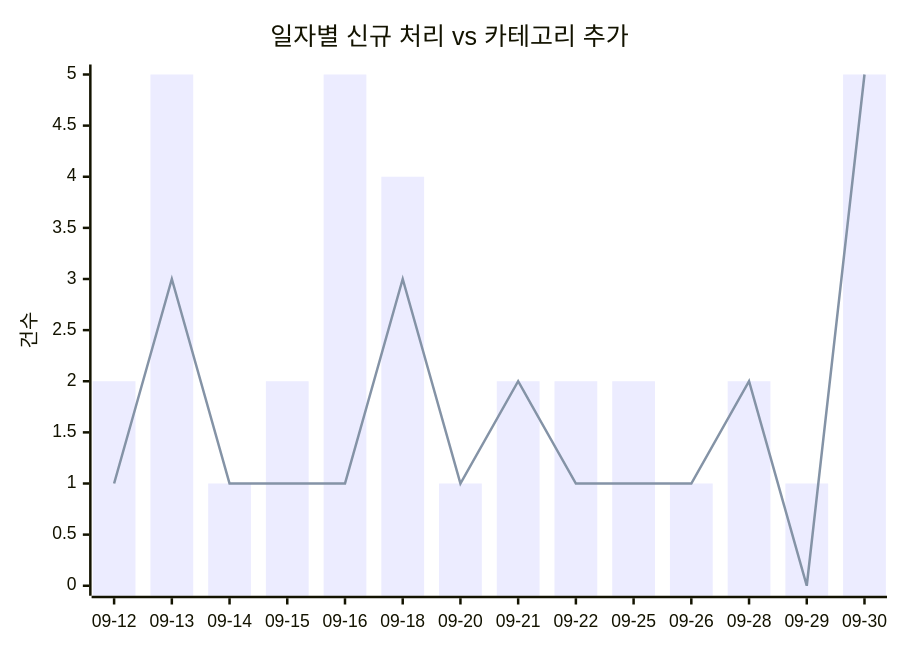
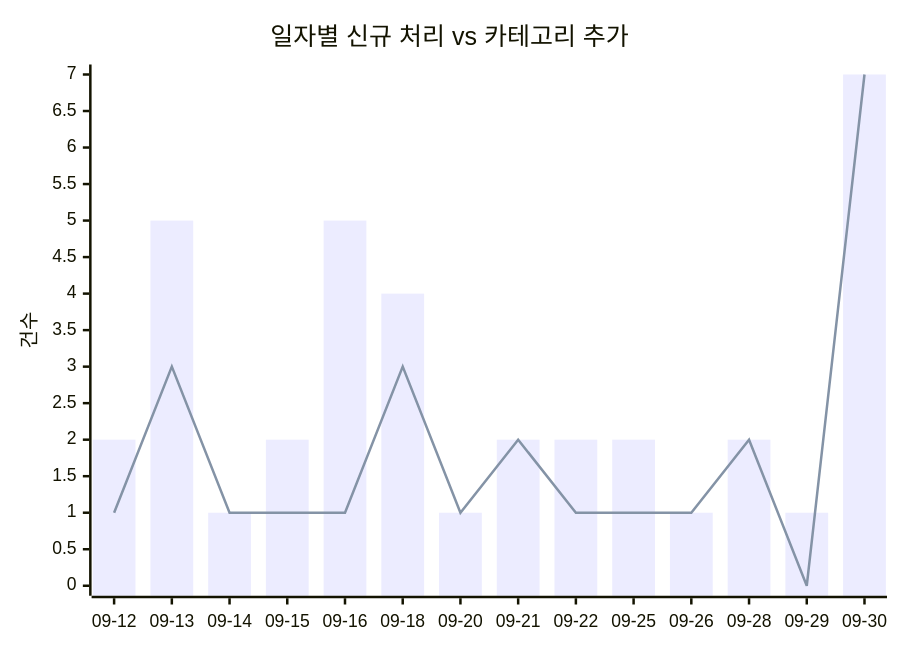
One commit to J-nowcow/awesome-korean-agent-skills changed the first of 2 diagrams in docs/trends.md. Above: the diagram before and after it, drawn with Mermaid. The commit also changed other lines of this file and 5 other files, not shown here.

````diff
--- a/docs/trends.md
+++ b/docs/trends.md
@@ -32,8 +32,8 @@
 ```mermaid
 xychart-beta
     title "일자별 신규 처리 vs 카테고리 추가"
     x-axis ["09-12","09-13","09-14","09-15","09-16","09-18","09-20","09-21","09-22","09-25","09-26","09-28","09-29","09-30"]
     y-axis "건수"
-    bar [2,5,1,2,5,4,1,2,2,2,1,2,1,5]
-    line [1,3,1,1,1,3,1,2,1,1,1,2,0,5]
+    bar [2,5,1,2,5,4,1,2,2,2,1,2,1,7]
+    line [1,3,1,1,1,3,1,2,1,1,1,2,0,7]
 ```
````
